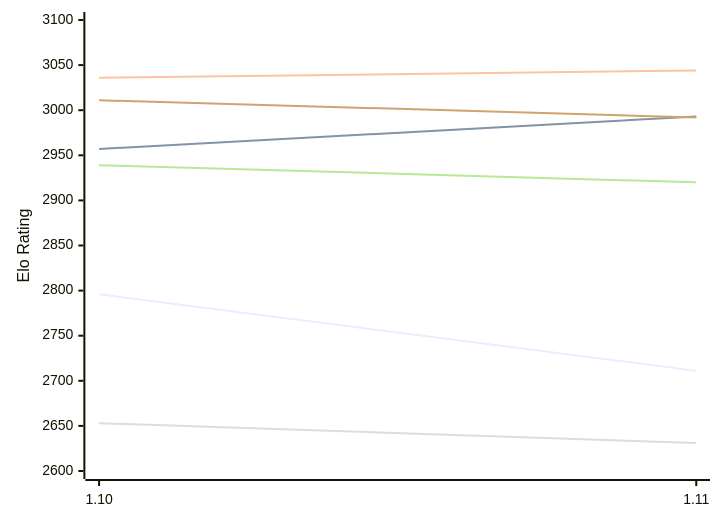
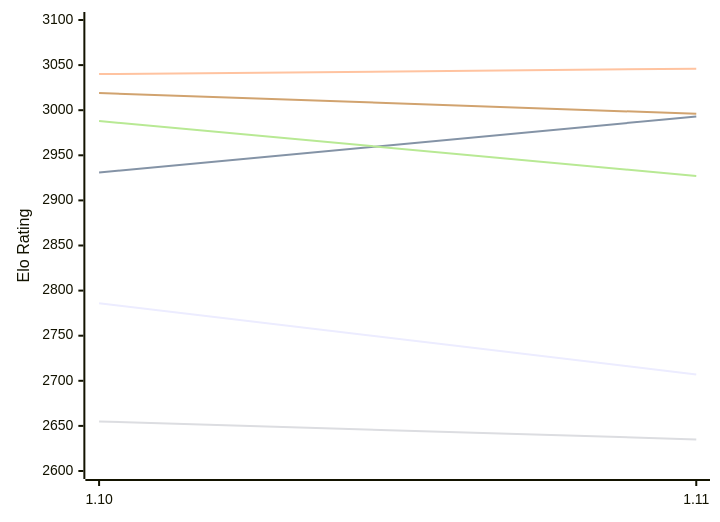
Before and after one commit to computer-chess-index/cci: the first of 2 diagrams in engines/Roc.md, drawn with Mermaid. The commit also changed other lines of this file, not shown here.

Commit message:
Update CCI Ratings (ELO VLTC) - 2026-11-17

````diff
--- a/engines/Roc.md
+++ b/engines/Roc.md
@@ -50,12 +50,12 @@
 ```mermaid
 %%{init: {"theme":"base","themeVariables":{"seriesColors:['#a3a3a3','#222221','#faa371']}}}%%
 xychart-beta
   x-axis ["1.10", "1.11"]
   y-axis "Elo Rating" 2600 --> 3100
-  line "E1: STC (8.0+0.08s)" [2796, 2711]
-  line "E1: LTC (60.0+0.60s)" [2957, 2993]
-  line "E1: VLTC (2m24s+1.12s)" [3036, 3044]
-  line "P1: STC (8.0+0.08s)" [2653, 2631]
-  line "P1: LTC (60.0+0.60s)" [2939, 2920]
-  line "P1: VLTC (2m24s+1.12s)" [3011, 2992]
+  line "E1: STC (8.0+0.08s)" [2786, 2707]
+  line "E1: LTC (60.0+0.60s)" [2931, 2993]
+  line "E1: VLTC (2m24s+1.12s)" [3040, 3046]
+  line "P1: STC (8.0+0.08s)" [2655, 2635]
+  line "P1: LTC (60.0+0.60s)" [2988, 2927]
+  line "P1: VLTC (2m24s+1.12s)" [3019, 2996]
 ```
````
